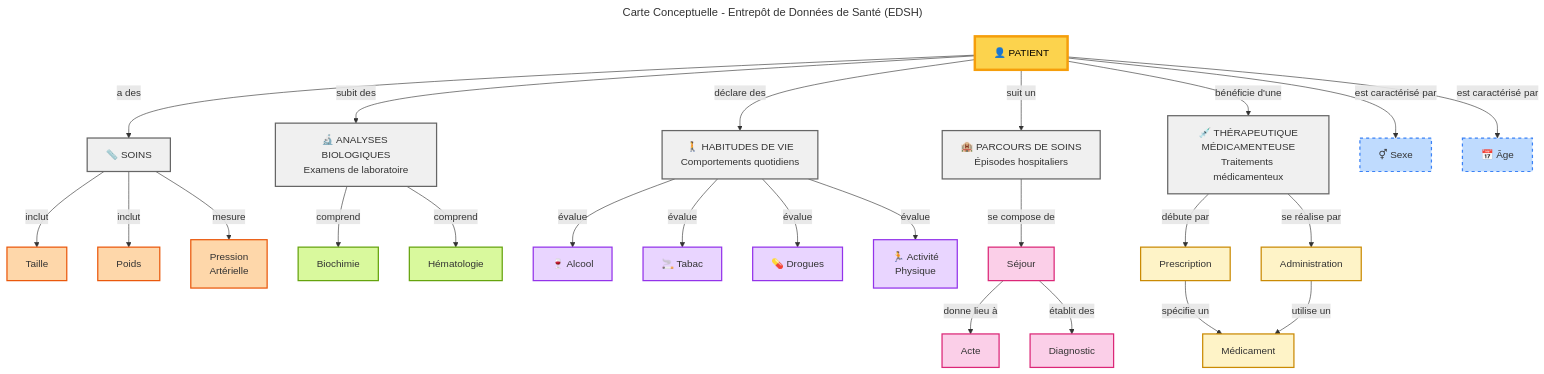
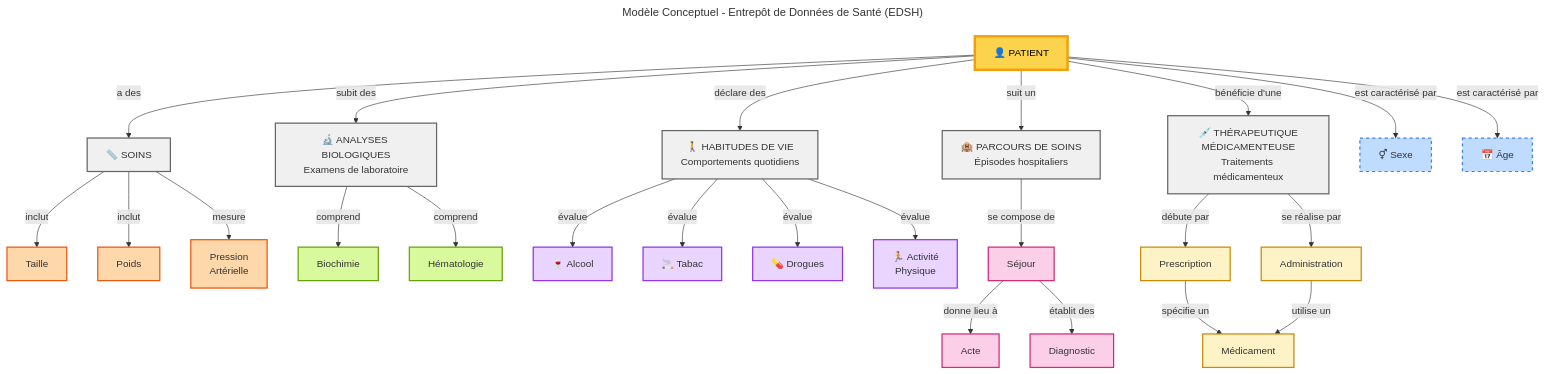
The diagram in input/includes/conceptual-model.mermaid (aphp/IG-FHIR-EDSH-SOCLE-COMMUN), drawn with Mermaid before and after one commit.

Commit message:
docs: title the acquisition diagram "Modèle Conceptuel"
The diagram on the Acquisition page is the conceptual model (the section
heading says so); its title called it a "Carte Conceptuelle".

````diff
--- a/input/includes/conceptual-model.mermaid
+++ b/input/includes/conceptual-model.mermaid
@@ -1,6 +1,6 @@
 ```mermaid
 ---
-title: Carte Conceptuelle - Entrepôt de Données de Santé (EDSH)
+title: Modèle Conceptuel - Entrepôt de Données de Santé (EDSH)
 ---
 graph TD
     %% Styles par domaine
````
